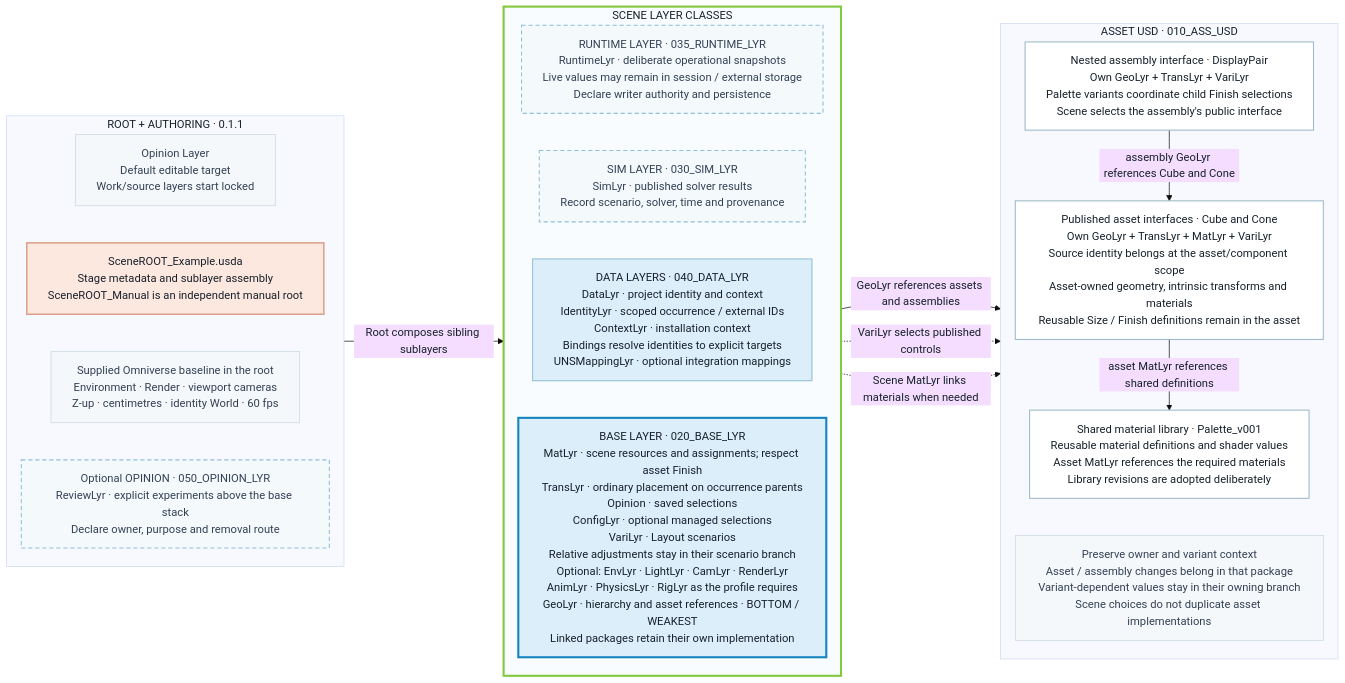
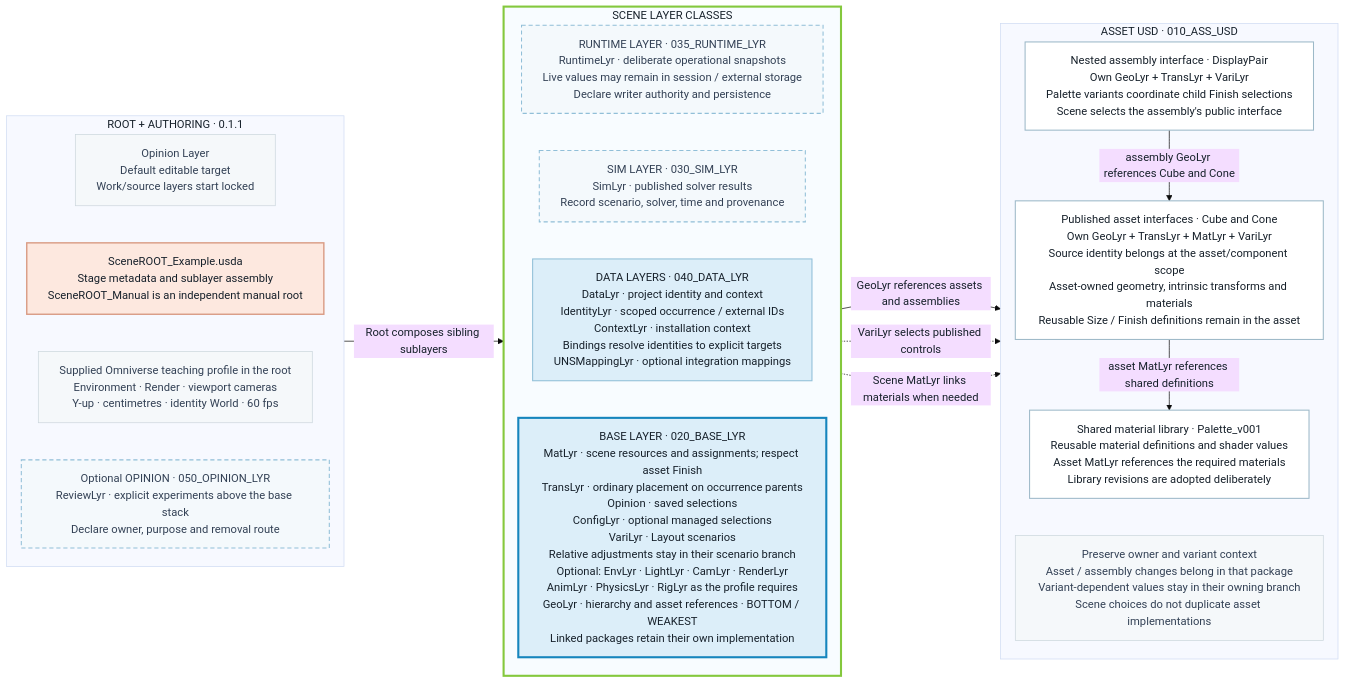
One commit to jph2/OpenUSD_GoodStart_CompositionContract changed the diagram in PROJECT_STRUCTURE.md. Above: the diagram before and after it, drawn with Mermaid (base theme). The commit also changed other lines of this file and 55 other files, not shown here.

````diff
--- a/PROJECT_STRUCTURE.md
+++ b/PROJECT_STRUCTURE.md
@@ -50,58 +50,58 @@
 ```mermaid
 %%{init: {"flowchart": {"wrappingWidth": 380, "nodeSpacing": 22, "rankSpacing": 28}}}%%
 flowchart LR
     accTitle: OpenUSD GoodStart Composition Contract 0.1.1 - Root, scene stack and reusable sources
     accDescr: Left to right, the root assembles a vertical scene layer stack with GeoLyr at the bottom. Reusable assets, assemblies and materials retain their own implementation and variant context.
     %% Connect the column subgraphs, keeping their internal TB layout intact.
     subgraph ENTRY["ROOT + AUTHORING · 0.1.1"]
         direction TB
         Session["Opinion Layer<br/>Default editable target<br/>Work/source layers start locked"]
         R["SceneROOT_Example.usda<br/>Stage metadata and sublayer assembly<br/>SceneROOT_Manual is an independent manual root"]
-        Startup["Supplied Omniverse baseline in the root<br/>Environment · Render · viewport cameras<br/>Z-up · centimetres · identity World · 60 fps"]
+        Startup["Supplied Omniverse teaching profile in the root<br/>Environment · Render · viewport cameras<br/>Y-up · centimetres · identity World · 60 fps"]
         Session ~~~ R
         R ~~~ Startup
         Review["Optional OPINION · 050_OPINION_LYR<br/>ReviewLyr · explicit experiments above the base stack<br/>Declare owner, purpose and removal route"]
         Startup ~~~ Review
     end
 
     subgraph STACK["SCENE LAYER CLASSES"]
         direction TB
         RT["RUNTIME LAYER · 035_RUNTIME_LYR<br/>RuntimeLyr · deliberate operational snapshots<br/>Live values may remain in session / external storage<br/>Declare writer authority and persistence"]
         S["SIM LAYER · 030_SIM_LYR<br/>SimLyr · published solver results<br/>Record scenario, solver, time and provenance"]
         D["DATA LAYERS · 040_DATA_LYR<br/>DataLyr · project identity and context<br/>IdentityLyr · scoped occurrence / external IDs<br/>ContextLyr · installation context<br/>Bindings resolve identities to explicit targets<br/>UNSMappingLyr · optional integration mappings"]
         BASE["BASE LAYER · 020_BASE_LYR<br/>MatLyr · scene resources and assignments; respect asset Finish<br/>TransLyr · ordinary placement on occurrence parents<br/>Opinion · saved selections<br/>ConfigLyr · optional managed selections<br/>VariLyr · Layout scenarios<br/>Relative adjustments stay in their scenario branch<br/>Optional: EnvLyr · LightLyr · CamLyr · RenderLyr<br/>AnimLyr · PhysicsLyr · RigLyr as the profile requires<br/>GeoLyr · hierarchy and asset references · BOTTOM / WEAKEST<br/>Linked packages retain their own implementation"]
         RT ~~~ S
         S ~~~ D
         D ~~~ BASE
     end
 
     subgraph SRC["ASSET USD · 010_ASS_USD"]
         direction TB
         B["Nested assembly interface · DisplayPair<br/>Own GeoLyr + TransLyr + VariLyr<br/>Palette variants coordinate child Finish selections<br/>Scene selects the assembly's public interface"]
         A["Published asset interfaces · Cube and Cone<br/>Own GeoLyr + TransLyr + MatLyr + VariLyr<br/>Source identity belongs at the asset/component scope<br/>Asset-owned geometry, intrinsic transforms and materials<br/>Reusable Size / Finish definitions remain in the asset"]
         Library["Shared material library · Palette_v001<br/>Reusable material definitions and shader values<br/>Asset MatLyr references the required materials<br/>Library revisions are adopted deliberately"]
         Context["Preserve owner and variant context<br/>Asset / assembly changes belong in that package<br/>Variant-dependent values stay in their owning branch<br/>Scene choices do not duplicate asset implementations"]
         B -->|"assembly GeoLyr references Cube and Cone"| A
         A -->|"asset MatLyr references shared definitions"| Library
         Library ~~~ Context
     end
 
     ENTRY -->|"Root composes sibling sublayers"| STACK
     STACK -->|"GeoLyr references assets and assemblies"| SRC
     STACK -.->|"VariLyr selects published controls"| SRC
     STACK -.->|"Scene MatLyr links materials when needed"| SRC
 
     classDef root fill:#fde8df,stroke:#d99b84,color:#17212b,stroke-width:2px
     classDef layer fill:#dceef9,stroke:#91bfd8,color:#17212b,stroke-width:1.5px
     classDef optional fill:#f4f9fc,stroke:#91bfd8,color:#334155,stroke-width:1.5px,stroke-dasharray:6 4
     classDef base fill:#dceef9,stroke:#1685bd,color:#17212b,stroke-width:3px
     classDef asset fill:#ffffff,stroke:#9db9c8,color:#17212b,stroke-width:1.5px
     classDef note fill:#f5f8fa,stroke:#cbd6dc,color:#334155
     class R root
     class D layer
     class RT,S,Review optional
     class BASE base
     class B,A,Library asset
     class Session,Startup,Context note
     style STACK fill:#f8fcff,stroke:#84c83d,stroke-width:3px
 ```
````
